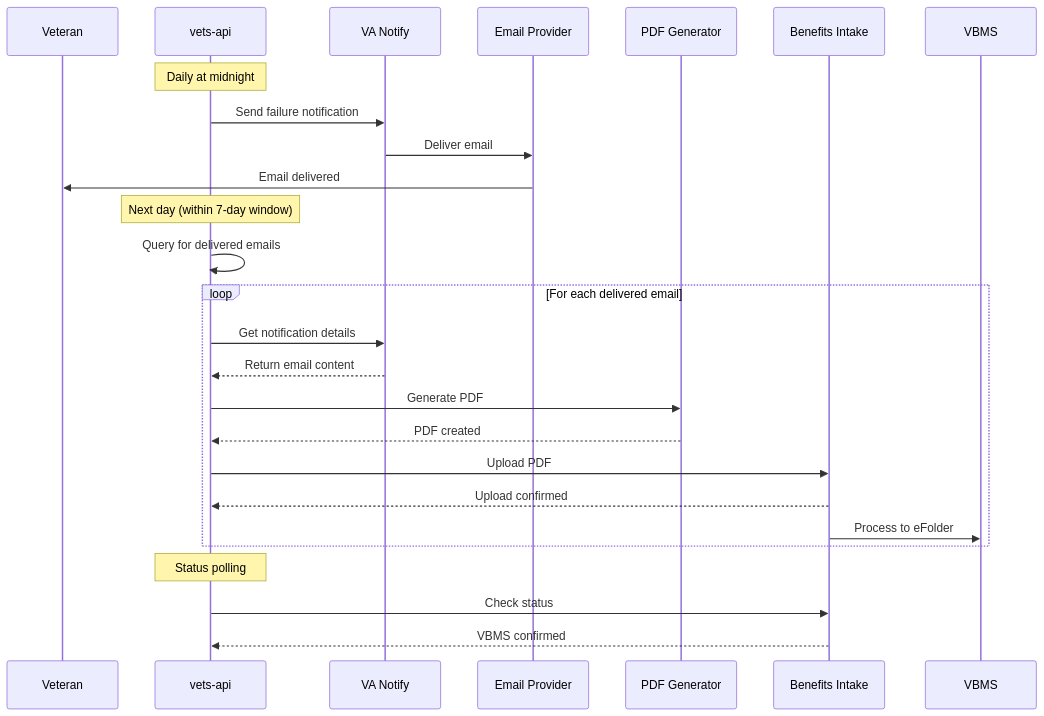
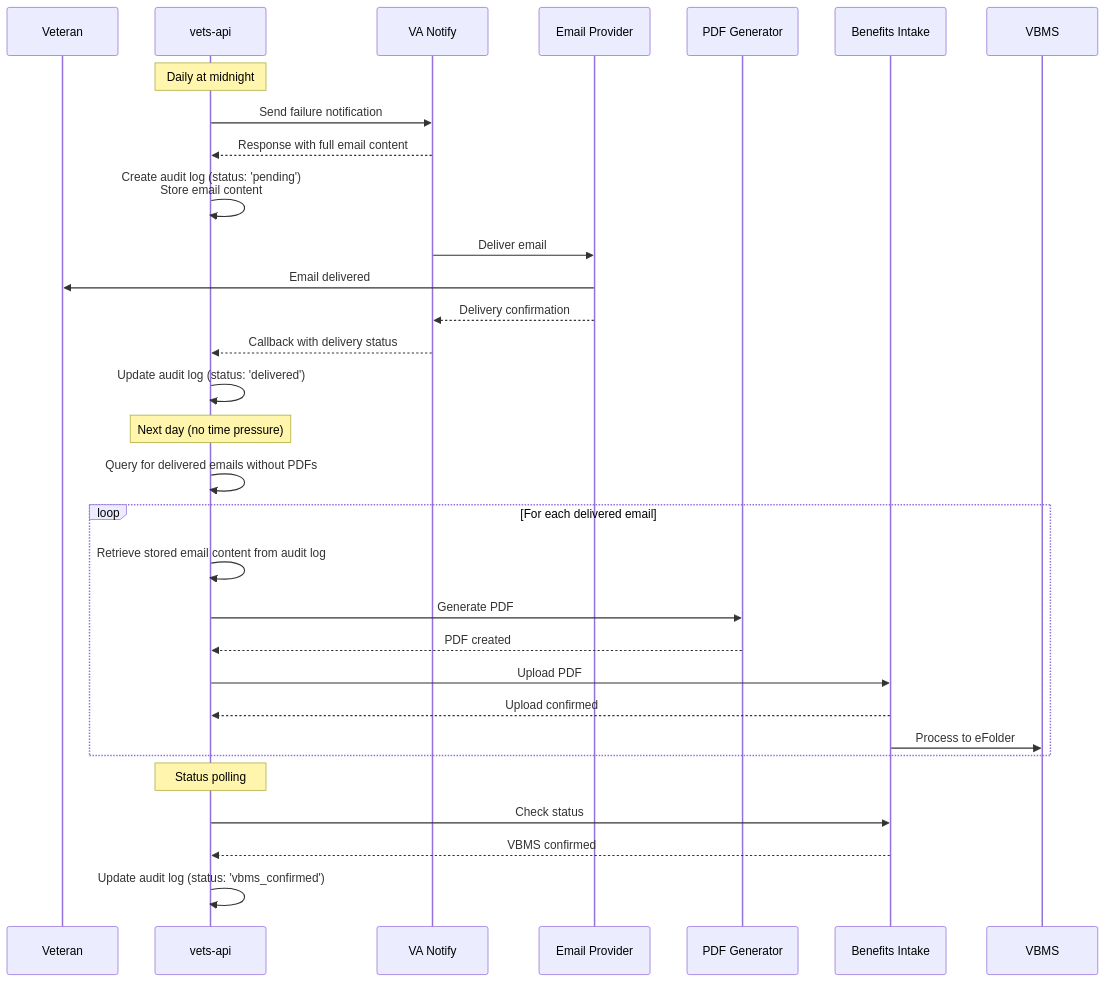
Before and after one commit to department-of-veterans-affairs/va.gov-team: the first of 2 diagrams in products/decision-reviews/engineering/2025_09_05_va_notify_failure_notification_email_copies_to_efolder.md, drawn with Mermaid. The commit also changed other lines of this file, not shown here.

First line of the commit message:
Update 2025_09_05_va_notify_failure_notification_email_copies_to_efolder.md

````diff
--- a/products/decision-reviews/engineering/2025_09_05_va_notify_failure_notification_email_copies_to_efolder.md
+++ b/products/decision-reviews/engineering/2025_09_05_va_notify_failure_notification_email_copies_to_efolder.md
@@ -165,31 +142,36 @@
     ```mermaid
     sequenceDiagram
-        participant Veteran
-        participant vets-api
-        participant VA Notify
-        participant Email Provider
-        participant PDF Generator
-        participant Benefits Intake
-        participant VBMS
-        
-        Note over vets-api: Daily at midnight
-        vets-api->>VA Notify: Send failure notification
-        VA Notify->>Email Provider: Deliver email
-        Email Provider->>Veteran: Email delivered
-        
-        Note over vets-api: Next day (within 7-day window)
-        vets-api->>vets-api: Query for delivered emails
-        loop For each delivered email
-            vets-api->>VA Notify: Get notification details
-            VA Notify-->>vets-api: Return email content
-            vets-api->>PDF Generator: Generate PDF
-            PDF Generator-->>vets-api: PDF created
-            vets-api->>Benefits Intake: Upload PDF
-            Benefits Intake-->>vets-api: Upload confirmed
-            Benefits Intake->>VBMS: Process to eFolder
-        end
-        
-        Note over vets-api: Status polling
-        vets-api->>Benefits Intake: Check status
-        Benefits Intake-->>vets-api: VBMS confirmed
+    participant Veteran
+    participant vets-api
+    participant VA Notify
+    participant Email Provider
+    participant PDF Generator
+    participant Benefits Intake
+    participant VBMS
+    
+    Note over vets-api: Daily at midnight
+    vets-api->>VA Notify: Send failure notification
+    VA Notify-->>vets-api: Response with full email content
+    vets-api->>vets-api: Create audit log (status: 'pending')<br/>Store email content
+    VA Notify->>Email Provider: Deliver email
+    Email Provider->>Veteran: Email delivered
+    Email Provider-->>VA Notify: Delivery confirmation
+    VA Notify-->>vets-api: Callback with delivery status
+    vets-api->>vets-api: Update audit log (status: 'delivered')
+    
+    Note over vets-api: Next day (no time pressure)
+    vets-api->>vets-api: Query for delivered emails without PDFs
+    loop For each delivered email
+        vets-api->>vets-api: Retrieve stored email content from audit log
+        vets-api->>PDF Generator: Generate PDF
+        PDF Generator-->>vets-api: PDF created
+        vets-api->>Benefits Intake: Upload PDF
+        Benefits Intake-->>vets-api: Upload confirmed
+        Benefits Intake->>VBMS: Process to eFolder
+    end
+    
+    Note over vets-api: Status polling
+    vets-api->>Benefits Intake: Check status
+    Benefits Intake-->>vets-api: VBMS confirmed
+    vets-api->>vets-api: Update audit log (status: 'vbms_confirmed')
     ```
````
